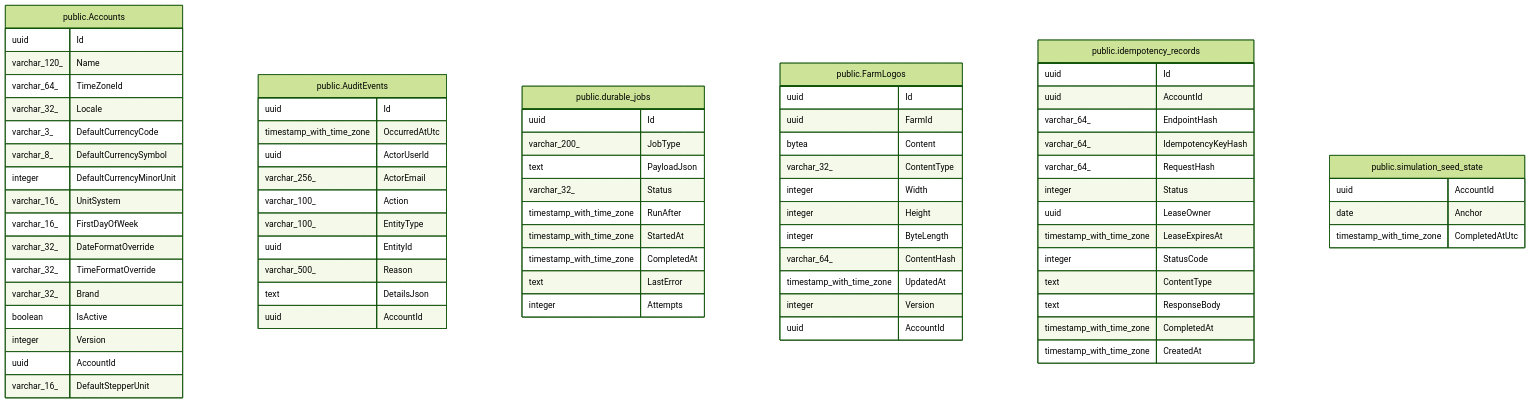
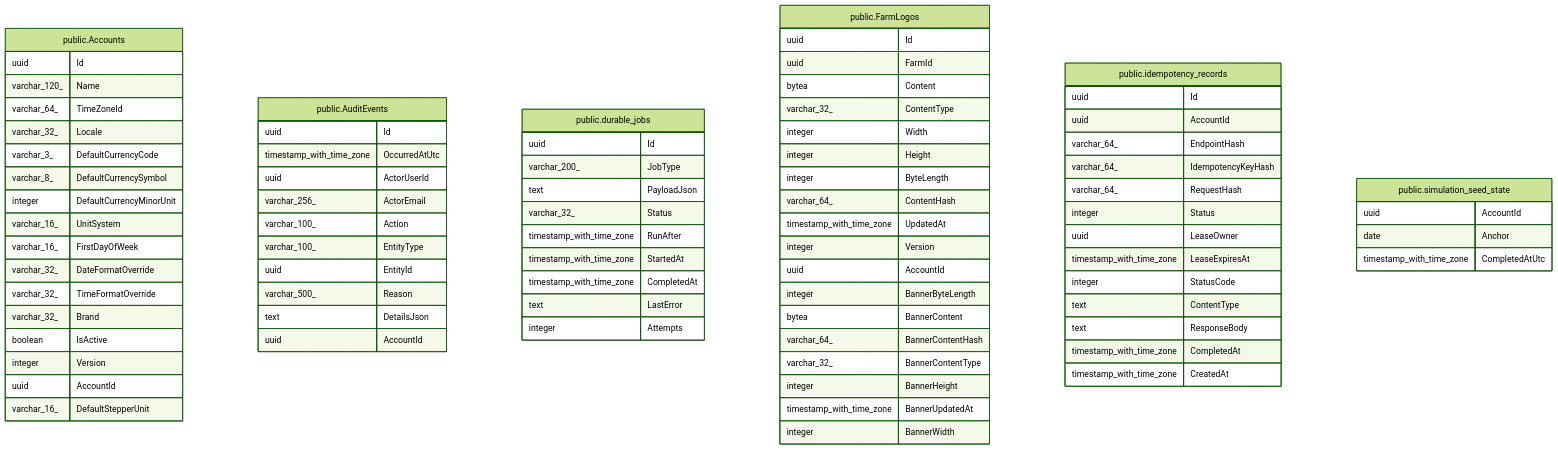
Before and after one commit to mforce/cluckwork: the diagram in docs/schema/viewpoint-4.md, drawn with Mermaid (forest theme). The commit also changed other lines of this file and 50 other files, not shown here.

```diff
--- a/docs/schema/viewpoint-4.md
+++ b/docs/schema/viewpoint-4.md
@@ -74,6 +74,13 @@
   timestamp_with_time_zone UpdatedAt
   integer Version
   uuid AccountId
+  integer BannerByteLength
+  bytea BannerContent
+  varchar_64_ BannerContentHash
+  varchar_32_ BannerContentType
+  integer BannerHeight
+  timestamp_with_time_zone BannerUpdatedAt
+  integer BannerWidth
 }
 "public.idempotency_records" {
   uuid Id
```
